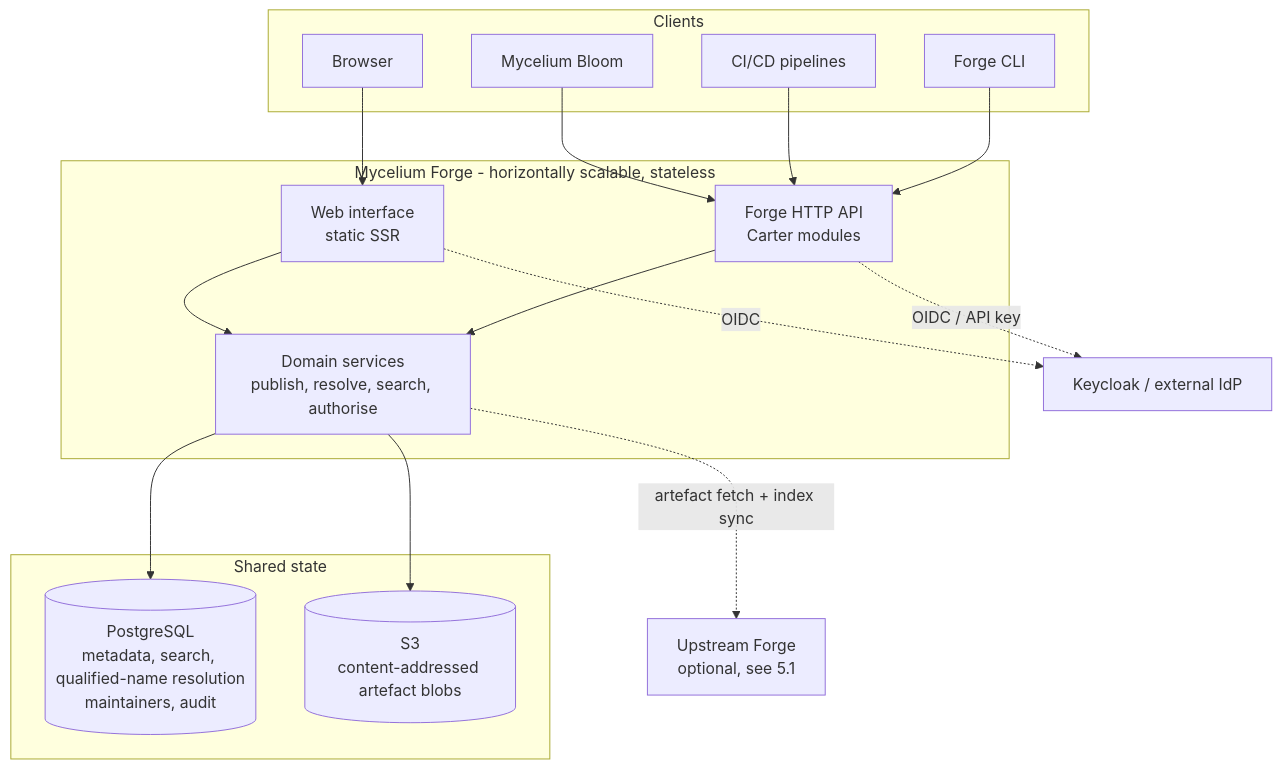
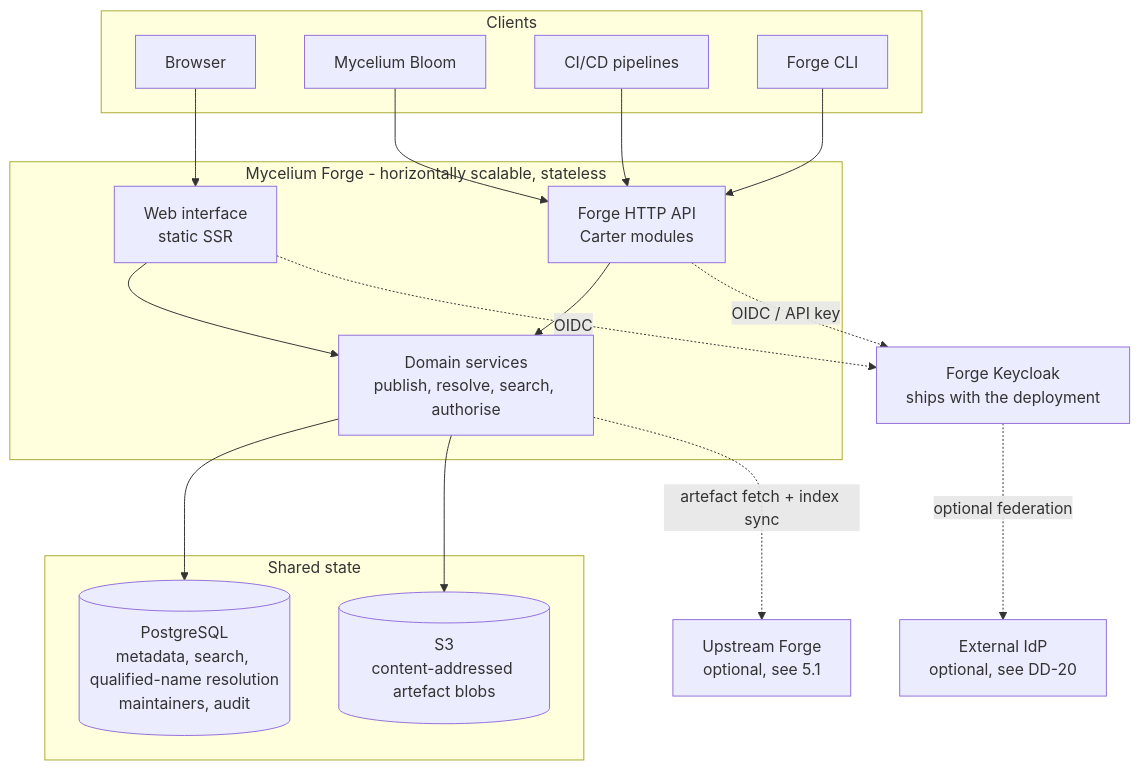
Before and after one commit to mycelium-cmbse/mycelium-forge: the first of 2 diagrams in docs/design.md, drawn with Mermaid. The commit also changed other lines of this file and 1 other file, not shown here.

First line of the commit message:
[Add] DD-20 — Forge owns its identity registry and ships its own provider

````diff
--- a/docs/design.md
+++ b/docs/design.md
@@ -234,35 +254,37 @@
 ```mermaid
 flowchart TB
     subgraph clients [Clients]
         browser[Browser]
         bloom[Mycelium Bloom]
         ci[CI/CD pipelines]
         cli[Forge CLI]
     end
 
     subgraph forge [Mycelium Forge - horizontally scalable, stateless]
         ui[Web interface<br/>static SSR]
         api[Forge HTTP API<br/>Carter modules]
         domain[Domain services<br/>publish, resolve, search, authorise]
     end
 
     subgraph state [Shared state]
         pg[("PostgreSQL<br/>metadata, search, qualified-name resolution<br/>maintainers, audit")]
         s3[("S3<br/>content-addressed artefact blobs")]
     end
 
-    kc[Keycloak / external IdP]
+    kc[Forge Keycloak<br/>ships with the deployment]
+    ext[External IdP<br/>optional, see DD-20]
     upstream[Upstream Forge<br/>optional, see 5.1]
 
     browser --> ui
     bloom --> api
     ci --> api
     cli --> api
     ui --> domain
     api --> domain
     domain --> pg
     domain --> s3
     ui -.OIDC.-> kc
     api -.OIDC / API key.-> kc
+    kc -.optional federation.-> ext
     domain -.artefact fetch + index sync.-> upstream
 ```
````
